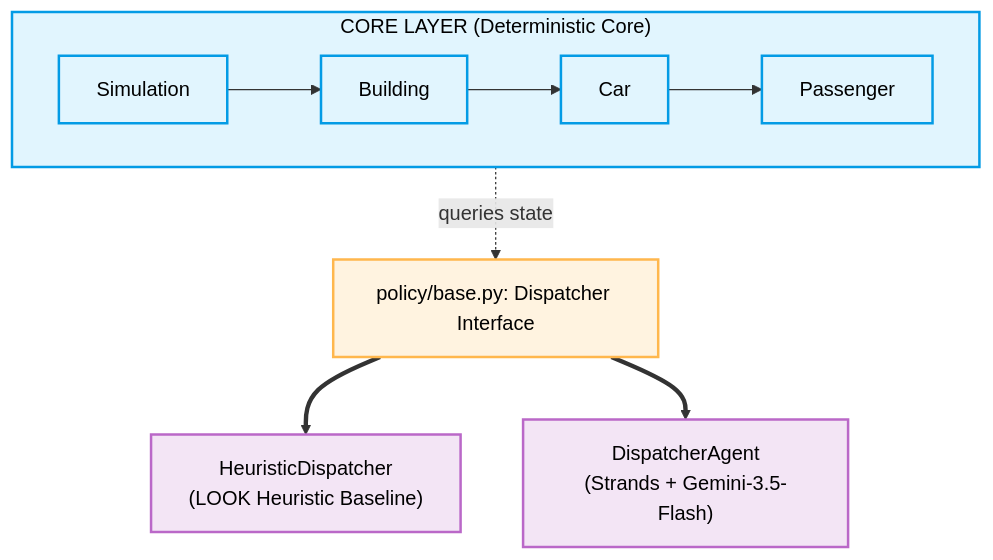
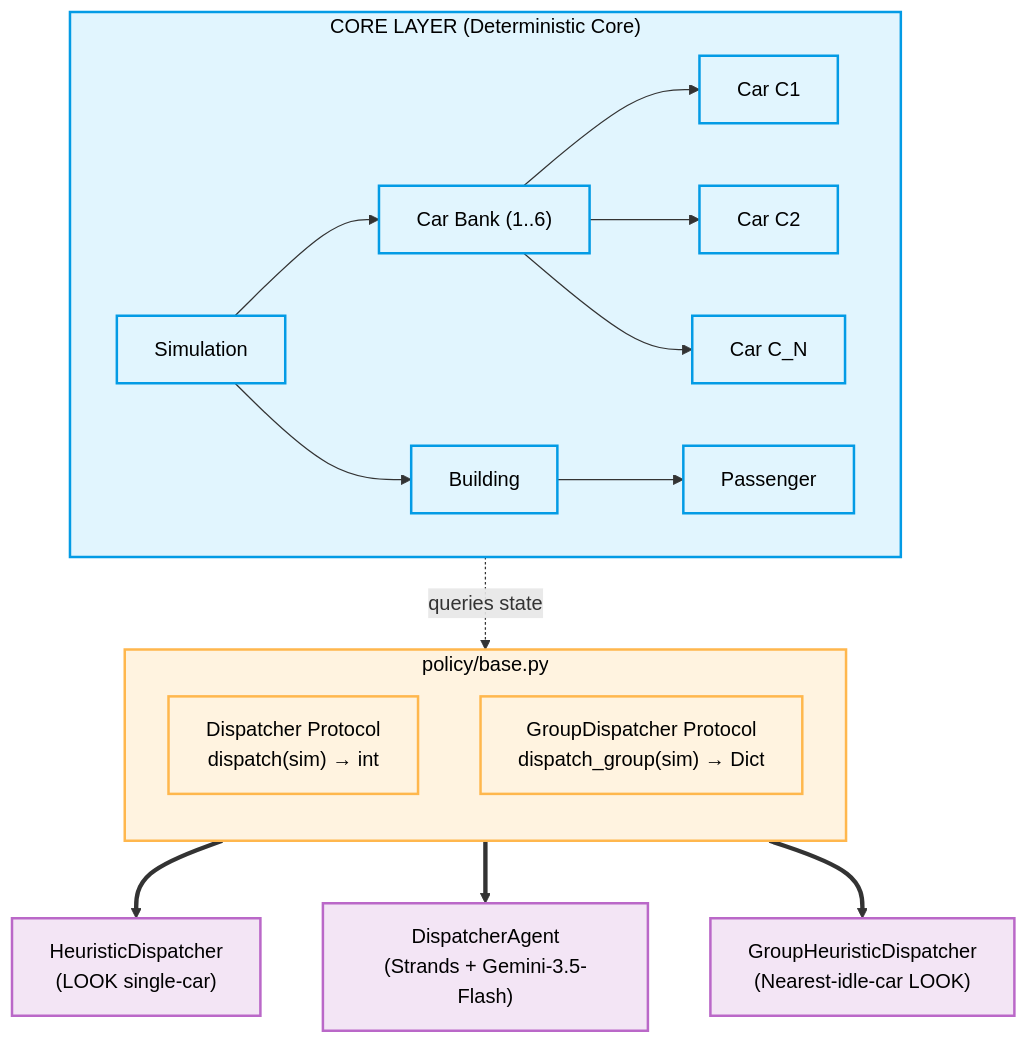
Before and after one commit to minho5889/elevator-simulator: the diagram in docs/design.md, drawn with Mermaid. The commit also changed other lines of this file and 10 other files, not shown here.

````diff
--- a/docs/design.md
+++ b/docs/design.md
@@ -20,24 +22,35 @@
 ```mermaid
 flowchart TD
     subgraph Core ["CORE LAYER (Deterministic Core)"]
         direction LR
-        Simulation["Simulation"] --> Building["Building"] --> Car["Car"] --> Passenger["Passenger"]
+        Simulation["Simulation"] --> Building["Building"]
+        Simulation --> CarBank["Car Bank (1..6)"]
+        CarBank --> Car1["Car C1"]
+        CarBank --> Car2["Car C2"]
+        CarBank --> CarN["Car C_N"]
+        Building --> Passenger["Passenger"]
     end
 
-    Dispatcher["policy/base.py: Dispatcher Interface"]
+    subgraph Protocols ["policy/base.py"]
+        direction TB
+        Legacy["Dispatcher Protocol<br>dispatch(sim) → int"]
+        Group["GroupDispatcher Protocol<br>dispatch_group(sim) → Dict"]
+    end
 
-    Heuristic["HeuristicDispatcher<br>(LOOK Heuristic Baseline)"]
+    Heuristic["HeuristicDispatcher<br>(LOOK single-car)"]
+    GroupHeuristic["GroupHeuristicDispatcher<br>(Nearest-idle-car LOOK)"]
     Agent["DispatcherAgent<br>(Strands + Gemini-3.5-Flash)"]
 
-    Core -.->|queries state| Dispatcher
-    Dispatcher ==> Heuristic
-    Dispatcher ==> Agent
+    Core -.->|queries state| Protocols
+    Legacy ==> Heuristic
+    Legacy ==> Agent
+    Group ==> GroupHeuristic
 
     classDef core fill:#e1f5fe,stroke:#039be5,stroke-width:2px,color:#000;
     classDef interface fill:#fff3e0,stroke:#ffb74d,stroke-width:2px,color:#000;
     classDef impl fill:#f3e5f5,stroke:#ba68c8,stroke-width:2px,color:#000;
 
-    class Core,Simulation,Car,Building,Passenger core;
-    class Dispatcher interface;
-    class Heuristic,Agent impl;
+    class Core,Simulation,Building,CarBank,Car1,Car2,CarN,Passenger core;
+    class Protocols,Legacy,Group interface;
+    class Heuristic,GroupHeuristic,Agent impl;
 ```
````
